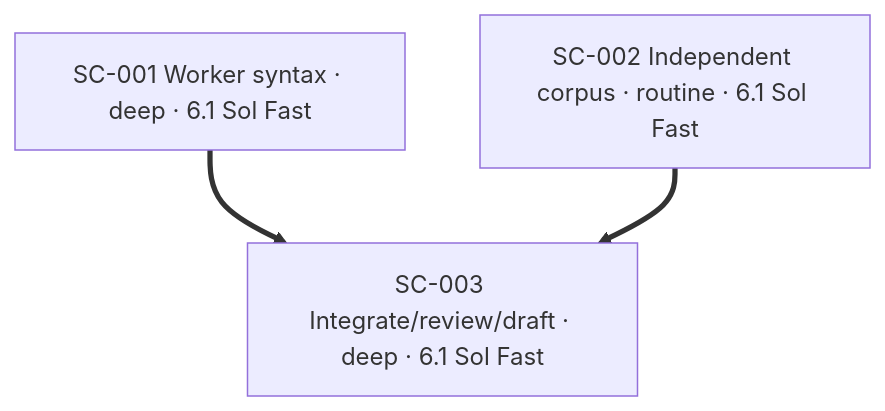
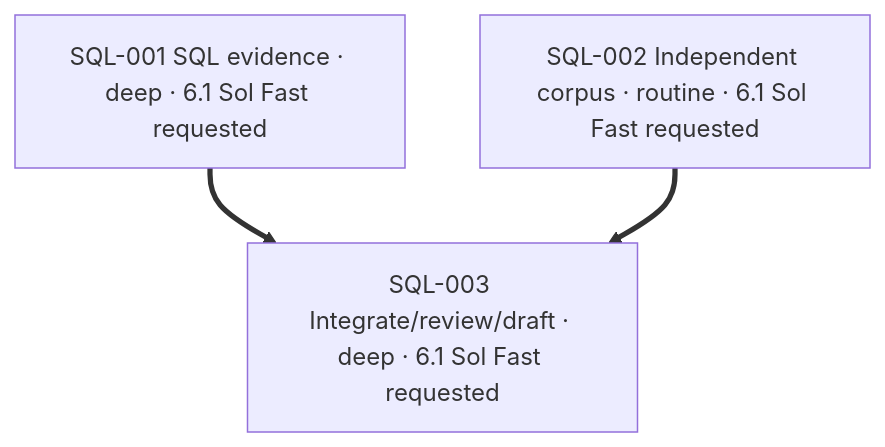
Before and after one commit to vu1n/kypp: the diagram in PLAN.md, drawn with Mermaid. The commit also changed other lines of this file and 8 other files, not shown here.

````diff
--- a/PLAN.md
+++ b/PLAN.md
@@ -150,5 +146,5 @@
 ```mermaid
 flowchart TD
-    SC_001["SC-001 Worker syntax · deep · 6.1 Sol Fast"] ==> SC_003["SC-003 Integrate/review/draft · deep · 6.1 Sol Fast"]
-    SC_002["SC-002 Independent corpus · routine · 6.1 Sol Fast"] ==> SC_003
+    SQL_001["SQL-001 SQL evidence · deep · 6.1 Sol Fast requested"] ==> SQL_003["SQL-003 Integrate/review/draft · deep · 6.1 Sol Fast requested"]
+    SQL_002["SQL-002 Independent corpus · routine · 6.1 Sol Fast requested"] ==> SQL_003
 ```
````
